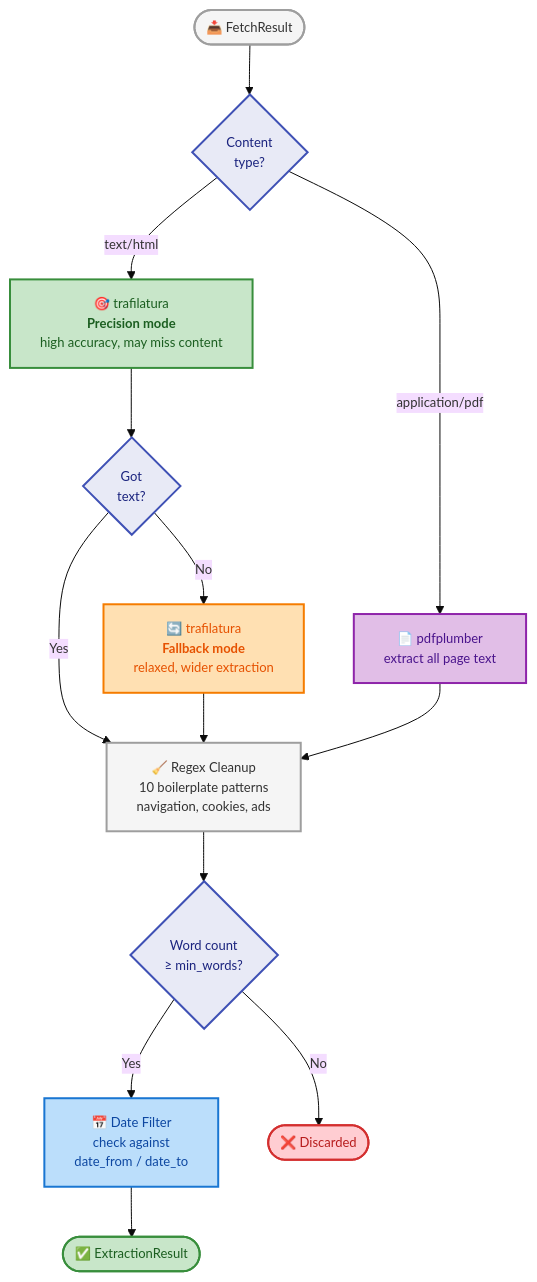
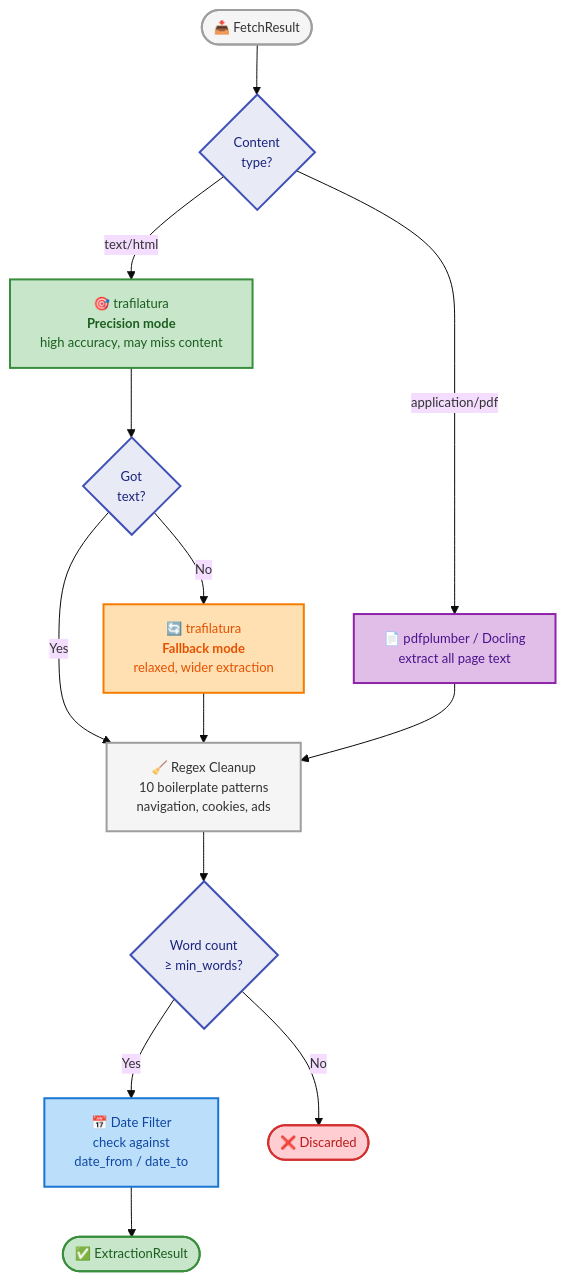
The sixth of 6 diagrams in docs/architecture.md (HydrAI/financial_webscrap), drawn with Mermaid before and after one commit. The commit also changed other lines of this file and 14 other files, not shown here.

First line of the commit message:
Add crawl subcommand with Docling PDF extraction support

````diff
--- a/docs/architecture.md
+++ b/docs/architecture.md
@@ -226,29 +245,29 @@
 ```mermaid
 %%{init: {'theme': 'base', 'themeVariables': {'fontSize': '13px'}}}%%
 flowchart TD
     INPUT(["📥 FetchResult"]):::grey --> TYPE{"Content\ntype?"}:::decision
 
     TYPE -->|"text/html"| PASS1["🎯 trafilatura\n<b>Precision mode</b>\nhigh accuracy, may miss content"]:::green
-    TYPE -->|"application/pdf"| PDF["📄 pdfplumber\nextract all page text"]:::purple
+    TYPE -->|"application/pdf"| PDF["📄 pdfplumber / Docling\nextract all page text"]:::purple
 
     PASS1 --> CHECK1{"Got\ntext?"}:::decision
     CHECK1 -->|"Yes"| CLEAN
     CHECK1 -->|"No"| PASS2["🔄 trafilatura\n<b>Fallback mode</b>\nrelaxed, wider extraction"]:::orange
     PASS2 --> CLEAN
 
     PDF --> CLEAN
 
     CLEAN["🧹 Regex Cleanup\n10 boilerplate patterns\nnavigation, cookies, ads"]:::grey --> WORDS{"Word count\n≥ min_words?"}:::decision
     WORDS -->|"Yes"| DATE["📅 Date Filter\ncheck against\ndate_from / date_to"]:::blue
     WORDS -->|"No"| DISCARD(["❌ Discarded"]):::red
 
     DATE --> KEEP(["✅ ExtractionResult"]):::green
 
     classDef grey fill:#f5f5f5,stroke:#9e9e9e,stroke-width:2px
     classDef green fill:#c8e6c9,stroke:#388e3c,color:#1b5e20,stroke-width:2px
     classDef orange fill:#ffe0b2,stroke:#f57c00,color:#e65100,stroke-width:2px
     classDef purple fill:#e1bee7,stroke:#8e24aa,color:#4a148c,stroke-width:2px
     classDef blue fill:#bbdefb,stroke:#1976d2,color:#0d47a1,stroke-width:2px
     classDef red fill:#ffcdd2,stroke:#d32f2f,color:#b71c1c,stroke-width:2px
     classDef decision fill:#e8eaf6,stroke:#3f51b5,color:#1a237e,stroke-width:2px
 ```
````
